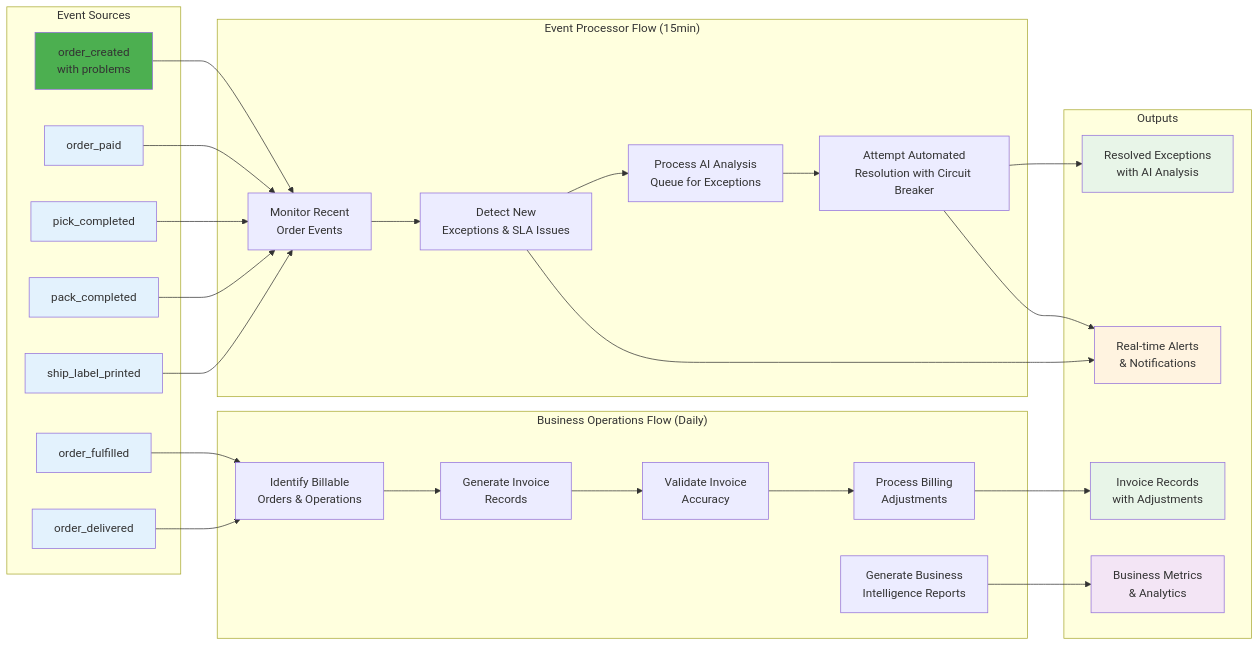
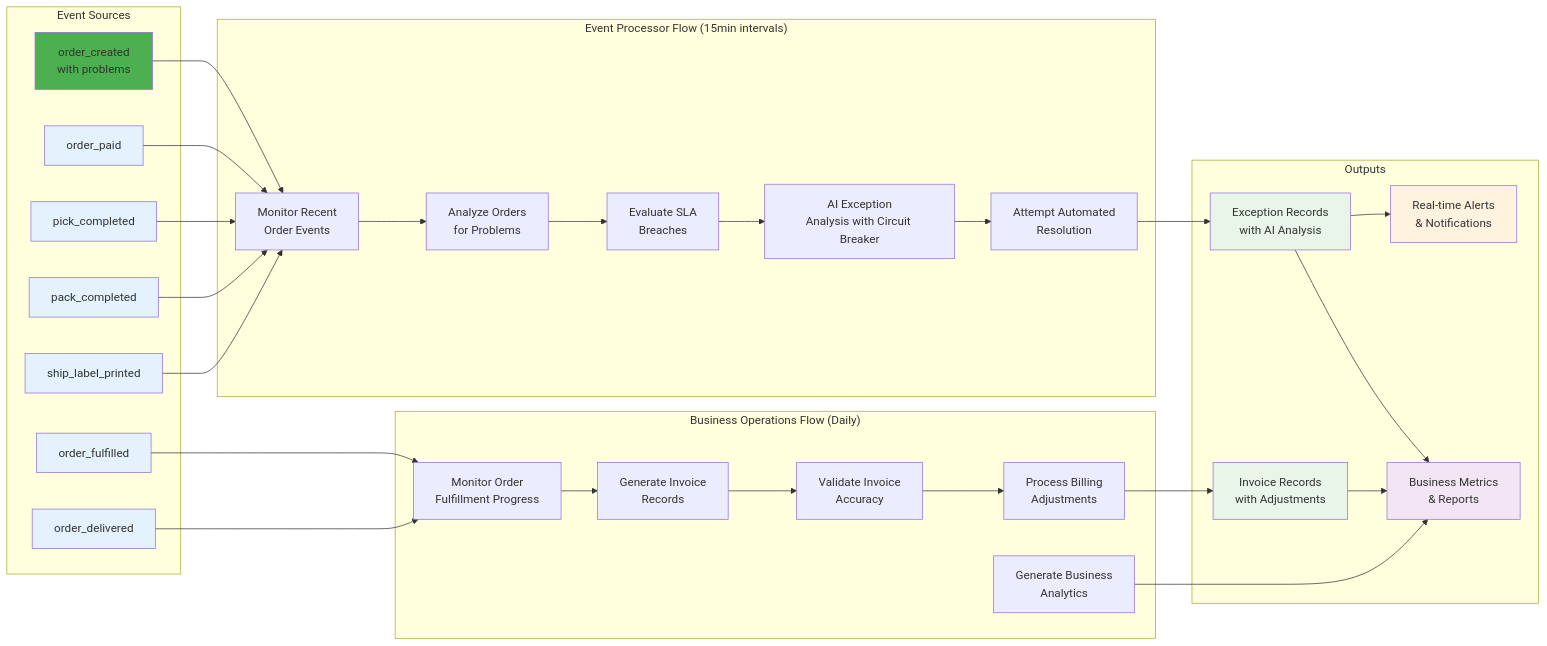
Before and after one commit to chernistry/e2a: the fourth of 4 diagrams in README.md, drawn with Mermaid. The commit also changed other lines of this file, not shown here.

Commit message:
Update README to reflect simplified architecture and enhanced business process flows

````diff
--- a/README.md
+++ b/README.md
@@ -331,68 +299,71 @@
 ```mermaid
 flowchart LR
     subgraph "Event Sources"
         E1[order_created<br/>with problems]
         E2[order_paid]
         E3[pick_completed]
         E4[pack_completed]
         E5[ship_label_printed]
         E6[order_fulfilled]
         E7[order_delivered]
     end
     
-    subgraph "Event Processor Flow (15min)"
+    subgraph "Event Processor Flow (15min intervals)"
         MONITOR[Monitor Recent<br/>Order Events]
-        DETECT[Detect New<br/>Exceptions & SLA Issues]
-        AI_QUEUE[Process AI Analysis<br/>Queue for Exceptions]
-        RESOLVE[Attempt Automated<br/>Resolution with Circuit Breaker]
+        ANALYZE[Analyze Orders<br/>for Problems]
+        SLA_CHECK[Evaluate SLA<br/>Breaches]
+        AI_ANALYSIS[AI Exception<br/>Analysis with Circuit Breaker]
+        RESOLUTION[Attempt Automated<br/>Resolution]
     end
     
     subgraph "Business Operations Flow (Daily)"
-        IDENTIFY[Identify Billable<br/>Orders & Operations]
-        GENERATE[Generate Invoice<br/>Records]
+        FULFILLMENT[Monitor Order<br/>Fulfillment Progress]
+        BILLING[Generate Invoice<br/>Records]
         VALIDATE[Validate Invoice<br/>Accuracy]
         ADJUST[Process Billing<br/>Adjustments]
-        METRICS[Generate Business<br/>Intelligence Reports]
+        REPORTS[Generate Business<br/>Analytics]
     end
     
     subgraph "Outputs"
+        EXCEPTIONS[Exception Records<br/>with AI Analysis]
         INVOICES[Invoice Records<br/>with Adjustments]
-        RESOLVED[Resolved Exceptions<br/>with AI Analysis]
-        REPORTS[Business Metrics<br/>& Analytics]
+        ANALYTICS[Business Metrics<br/>& Reports]
         ALERTS[Real-time Alerts<br/>& Notifications]
     end
     
     E1 --> MONITOR
     E2 --> MONITOR
     E3 --> MONITOR
     E4 --> MONITOR
     E5 --> MONITOR
-    E6 --> IDENTIFY
-    E7 --> IDENTIFY
+    E6 --> FULFILLMENT
+    E7 --> FULFILLMENT
     
-    MONITOR --> DETECT
-    DETECT --> AI_QUEUE
-    AI_QUEUE --> RESOLVE
-    RESOLVE --> RESOLVED
+    MONITOR --> ANALYZE
+    ANALYZE --> SLA_CHECK
+    SLA_CHECK --> AI_ANALYSIS
+    AI_ANALYSIS --> RESOLUTION
+    RESOLUTION --> EXCEPTIONS
     
-    IDENTIFY --> GENERATE
-    GENERATE --> VALIDATE
+    FULFILLMENT --> BILLING
+    BILLING --> VALIDATE
     VALIDATE --> ADJUST
     ADJUST --> INVOICES
-    METRICS --> REPORTS
+    REPORTS --> ANALYTICS
     
-    DETECT --> ALERTS
-    RESOLVE --> ALERTS
+    EXCEPTIONS --> ALERTS
+    EXCEPTIONS --> ANALYTICS
+    INVOICES --> ANALYTICS
     
     style E1 fill:#4caf50
     style E2 fill:#e3f2fd
     style E3 fill:#e3f2fd
     style E4 fill:#e3f2fd
     style E5 fill:#e3f2fd
     style E6 fill:#e3f2fd
     style E7 fill:#e3f2fd
+    style EXCEPTIONS fill:#e8f5e8
     style INVOICES fill:#e8f5e8
-    style RESOLVED fill:#e8f5e8
-    style REPORTS fill:#f3e5f5
+    style ANALYTICS fill:#f3e5f5
     style ALERTS fill:#fff3e0
 ```
````
